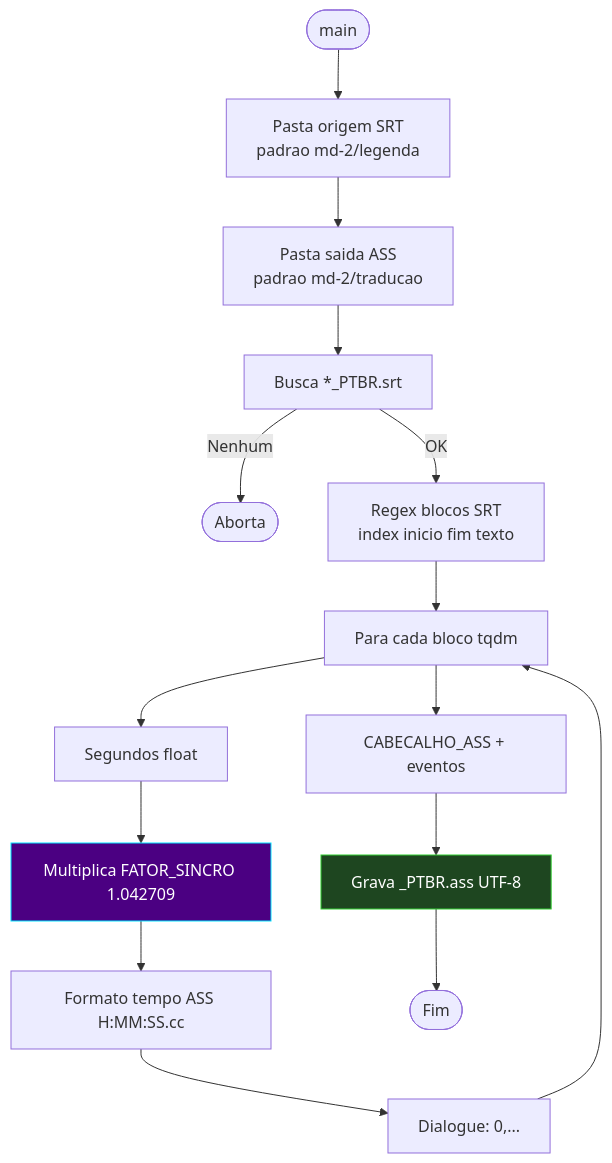
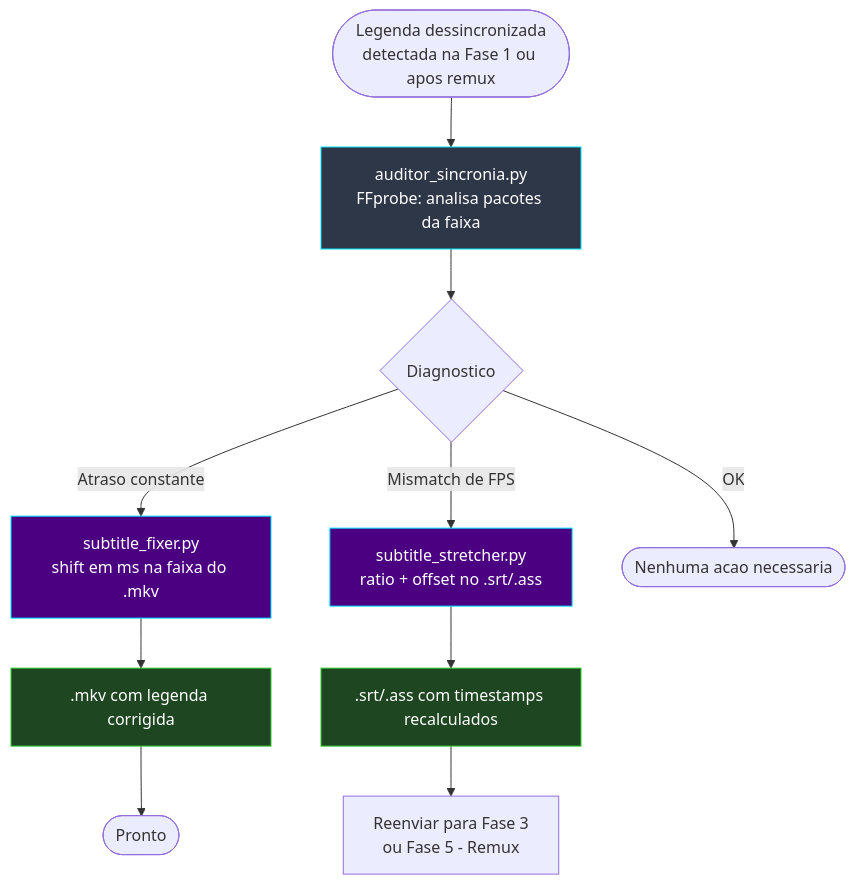
The diagram in docs/modulo-fase-6.md (carmipa/projeto-tracker-animes-traducao), drawn with Mermaid before and after one commit. The commit also changed other lines of this file and 14 other files, not shown here.

````diff
--- a/docs/modulo-fase-6.md
+++ b/docs/modulo-fase-6.md
@@ -50,23 +21,21 @@
 ```mermaid
 flowchart TB
-    START([main]) --> IN1[Pasta origem SRT<br/>padrao md-2/legenda]
-    IN1 --> IN2[Pasta saida ASS<br/>padrao md-2/traducao]
+    A0([Legenda dessincronizada<br/>detectada na Fase 1 ou apos remux]) --> AUD[auditor_sincronia.py<br/>FFprobe: analisa pacotes da faixa]
 
-    IN2 --> SCAN[Busca *_PTBR.srt]
-    SCAN -->|Nenhum| ERRO([Aborta])
-    SCAN -->|OK| PARSE[Regex blocos SRT<br/>index inicio fim texto]
+    AUD --> DIAG{Diagnostico}
+    DIAG -->|Atraso constante| FIXER[subtitle_fixer.py<br/>shift em ms na faixa do .mkv]
+    DIAG -->|Mismatch de FPS| STRETCH[subtitle_stretcher.py<br/>ratio + offset no .srt/.ass]
+    DIAG -->|OK| END1([Nenhuma acao necessaria])
 
-    PARSE --> LOOP[Para cada bloco tqdm]
-    LOOP --> SEC[Segundos float]
-    SEC --> SCALE[Multiplica FATOR_SINCRO 1.042709]
-    SCALE --> ASS[Formato tempo ASS H:MM:SS.cc]
-    ASS --> DIA[Dialogue: 0,...]
-    DIA --> LOOP
+    FIXER --> OUT1[.mkv com legenda corrigida]
+    STRETCH --> OUT2[.srt/.ass com timestamps recalculados]
 
-    LOOP --> MERGE[CABECALHO_ASS + eventos]
-    MERGE --> SAVE[Grava _PTBR.ass UTF-8]
-    SAVE --> END([Fim])
+    OUT2 --> NEXT[Reenviar para Fase 3<br/>ou Fase 5 - Remux]
+    OUT1 --> END2([Pronto])
 
-    style SCALE fill:#4B0082,stroke:#00E5FF,color:#fff
-    style SAVE fill:#1e4620,stroke:#32CD32,color:#fff
+    style AUD fill:#2d3748,stroke:#00E5FF,color:#fff
+    style FIXER fill:#4B0082,stroke:#00E5FF,color:#fff
+    style STRETCH fill:#4B0082,stroke:#00E5FF,color:#fff
+    style OUT1 fill:#1e4620,stroke:#32CD32,color:#fff
+    style OUT2 fill:#1e4620,stroke:#32CD32,color:#fff
 ```
````
